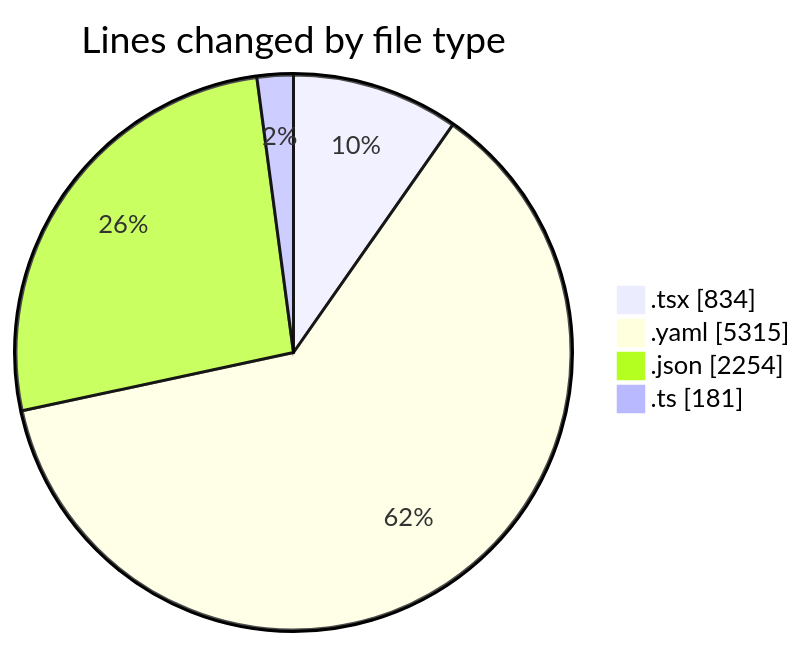
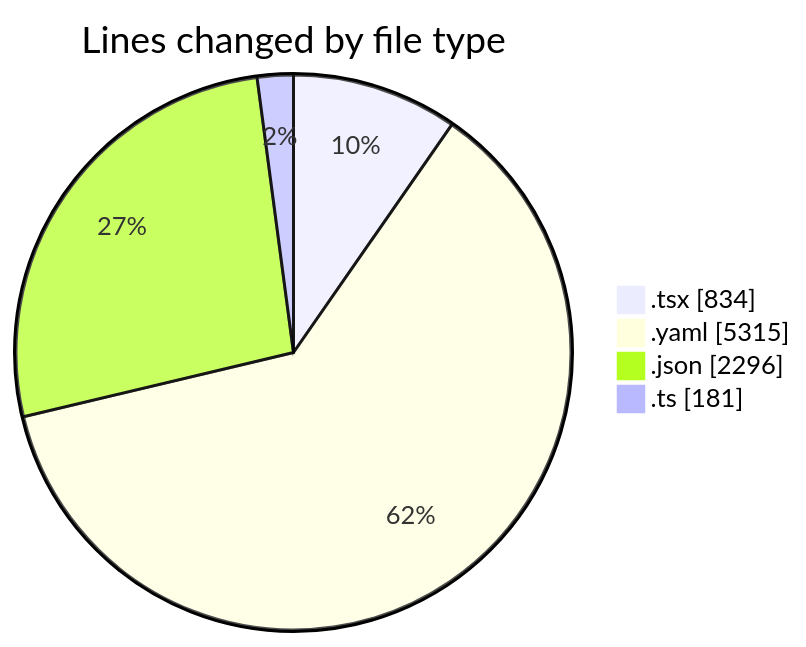
One commit to julien-gomy/code-tracking changed the first of 2 diagrams in 2025-11-07/eventscop-frontend-guide__workspace_/README.md. Above: the diagram before and after it, drawn with Mermaid. The commit also changed other lines of this file and 1 other file, not shown here.

````diff
--- a/2025-11-07/eventscop-frontend-guide__workspace_/README.md
+++ b/2025-11-07/eventscop-frontend-guide__workspace_/README.md
@@ -34,8 +35,8 @@
 ```mermaid
 pie showData
 title Lines changed by file type
 ".tsx" : 834
 ".yaml" : 5315
-".json" : 2254
+".json" : 2296
 ".ts" : 181
 ```
````
